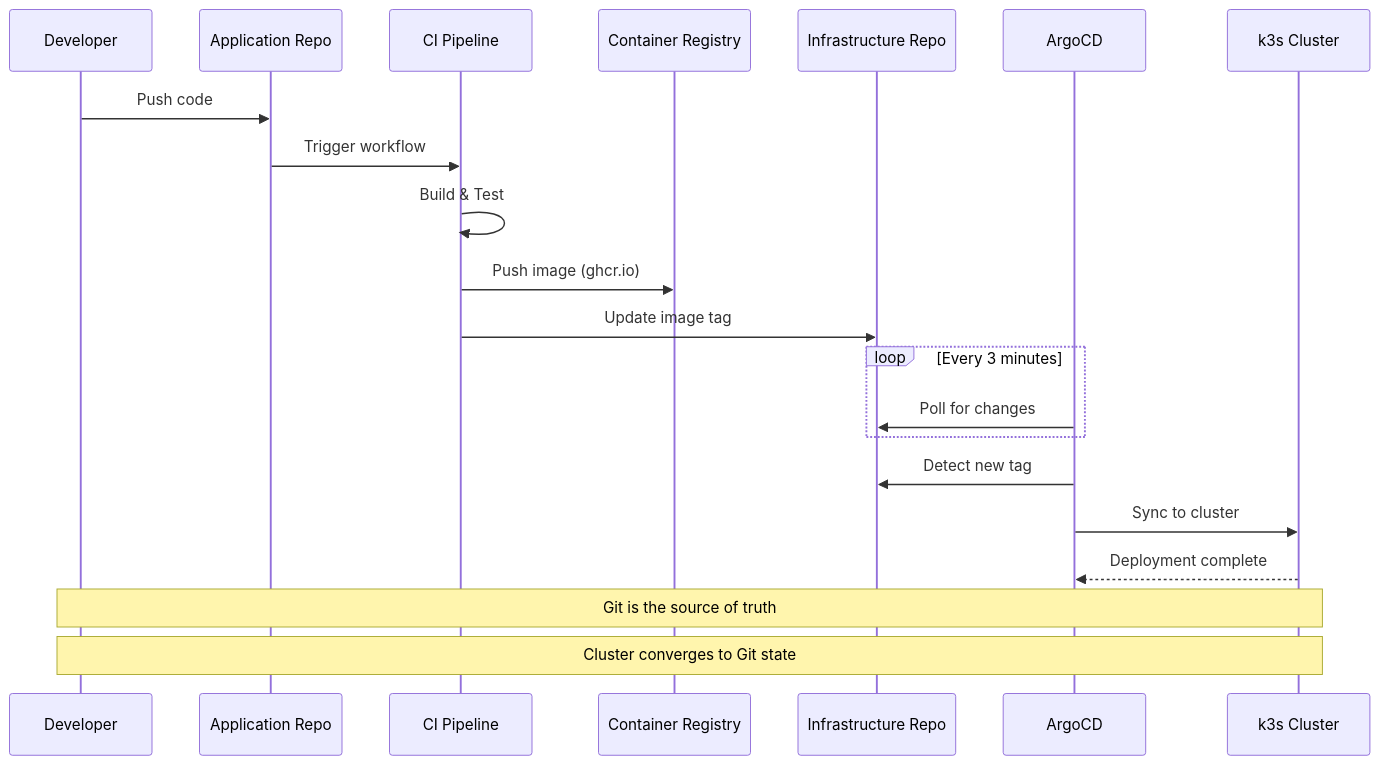
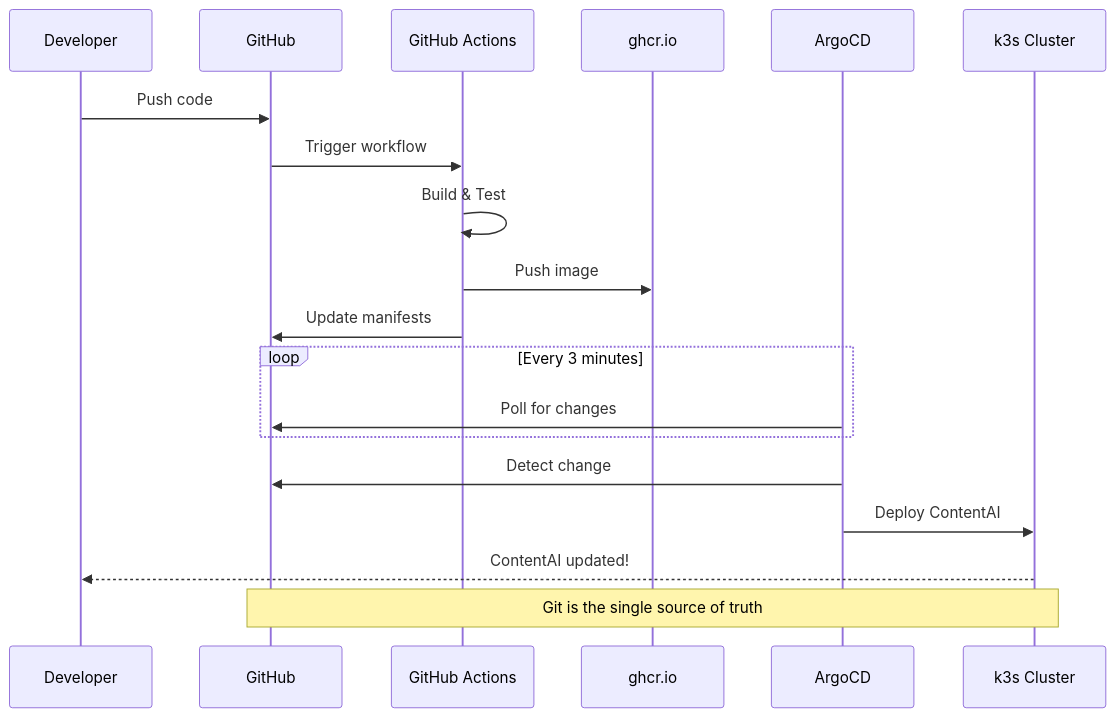
The fifth of 11 diagrams in DevOps/02-Engineering/01-Architecture.md (PearlThoughtsInternship/Internship-Obsidian-Vault), drawn with Mermaid before and after one commit. The commit also changed other lines of this file and 1 other file, not shown here.

First line of the commit message:
Rewrite market context and architecture with ContentAI product-first narrative

````diff
--- a/DevOps/02-Engineering/01-Architecture.md
+++ b/DevOps/02-Engineering/01-Architecture.md
@@ -308,27 +233,25 @@
 ```mermaid
 sequenceDiagram
     participant Dev as Developer
-    participant AppRepo as Application Repo
-    participant CI as CI Pipeline
-    participant Registry as Container Registry
-    participant InfraRepo as Infrastructure Repo
+    participant Git as GitHub
+    participant CI as GitHub Actions
+    participant Reg as ghcr.io
     participant Argo as ArgoCD
     participant K8s as k3s Cluster
 
-    Dev->>AppRepo: Push code
-    AppRepo->>CI: Trigger workflow
+    Dev->>Git: Push code
+    Git->>CI: Trigger workflow
     CI->>CI: Build & Test
-    CI->>Registry: Push image (ghcr.io)
-    CI->>InfraRepo: Update image tag
+    CI->>Reg: Push image
+    CI->>Git: Update manifests
 
     loop Every 3 minutes
-        Argo->>InfraRepo: Poll for changes
+        Argo->>Git: Poll for changes
     end
 
-    Argo->>InfraRepo: Detect new tag
-    Argo->>K8s: Sync to cluster
-    K8s-->>Argo: Deployment complete
+    Argo->>Git: Detect change
+    Argo->>K8s: Deploy ContentAI
+    K8s-->>Dev: ContentAI updated!
 
-    Note over Dev,K8s: Git is the source of truth
-    Note over Dev,K8s: Cluster converges to Git state
+    Note over Git,K8s: Git is the single source of truth
 ```
````
